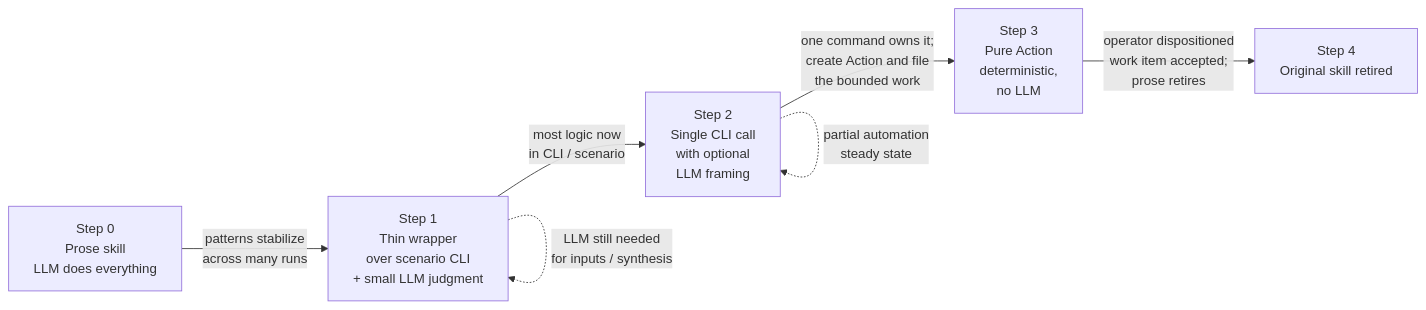
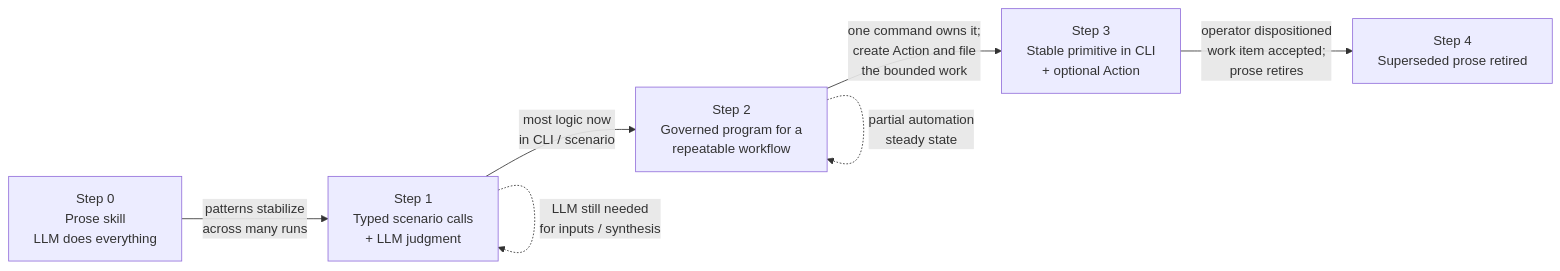
The diagram in docs/agent-system/PROMOTION_LADDER.md (Vrooli/Vrooli), drawn with Mermaid before and after one commit. The commit also changed other lines of this file and 109 other files, not shown here.

````diff
--- a/docs/agent-system/PROMOTION_LADDER.md
+++ b/docs/agent-system/PROMOTION_LADDER.md
@@ -19,16 +19,16 @@
 ```mermaid
 flowchart LR
     P0[Step 0<br/>Prose skill<br/>LLM does everything]
-    P1[Step 1<br/>Thin wrapper<br/>over scenario CLI<br/>+ small LLM judgment]
-    P2[Step 2<br/>Single CLI call<br/>with optional<br/>LLM framing]
-    P3[Step 3<br/>Pure Action<br/>deterministic,<br/>no LLM]
-    P4[Step 4<br/>Original skill retired]
+    P1[Step 1<br/>Typed scenario calls<br/>+ LLM judgment]
+    P2[Step 2<br/>Governed program for a<br/>repeatable workflow]
+    P3[Step 3<br/>Stable primitive in CLI<br/>+ optional Action]
+    P4[Step 4<br/>Superseded prose retired]
 
     P0 -->|patterns stabilize<br/>across many runs| P1
     P1 -->|most logic now<br/>in CLI / scenario| P2
     P2 -->|one command owns it;<br/>create Action and file<br/>the bounded work| P3
     P3 -->|operator dispositioned<br/>work item accepted;<br/>prose retires| P4
 
     P1 -.LLM still needed<br/>for inputs / synthesis.-> P1
     P2 -.partial automation<br/>steady state.-> P2
 ```
````
